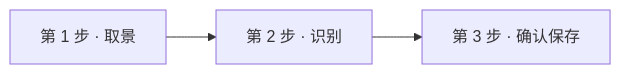
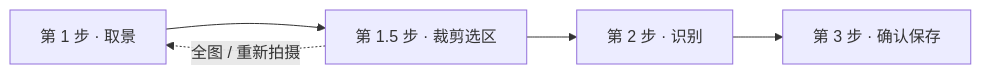
Before and after one commit to zhangdubin/Logbook: the second of 3 diagrams in docs/04-交互与视觉规范.md, drawn with Mermaid. The commit also changed other lines of this file and 9 other files, not shown here.

````diff
--- a/docs/04-交互与视觉规范.md
+++ b/docs/04-交互与视觉规范.md
@@ -365,5 +377,7 @@
 ```mermaid
 flowchart LR
-    S1["第 1 步 · 取景"] --> S2["第 2 步 · 识别"]
+    S1["第 1 步 · 取景"] --> S1b["第 1.5 步 · 裁剪选区"]
+    S1b --> S2["第 2 步 · 识别"]
     S2 --> S3["第 3 步 · 确认保存"]
+    S1b -.->|"全图 / 重新拍摄"| S1
 ```
````
